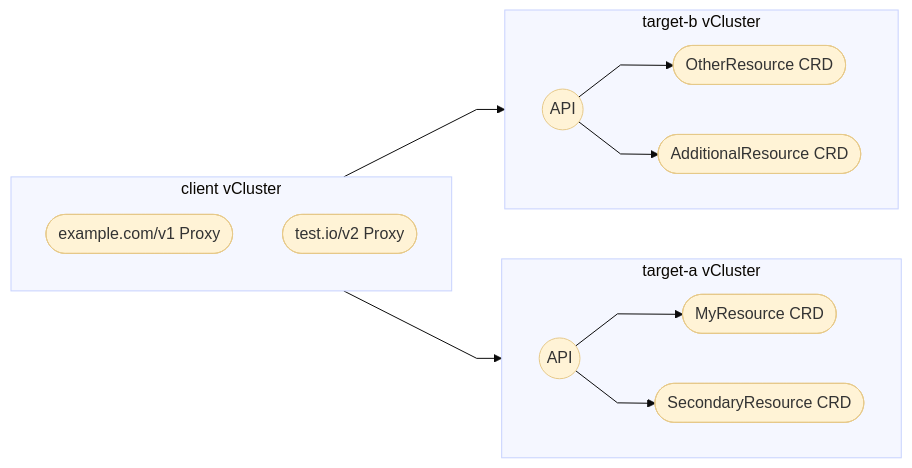
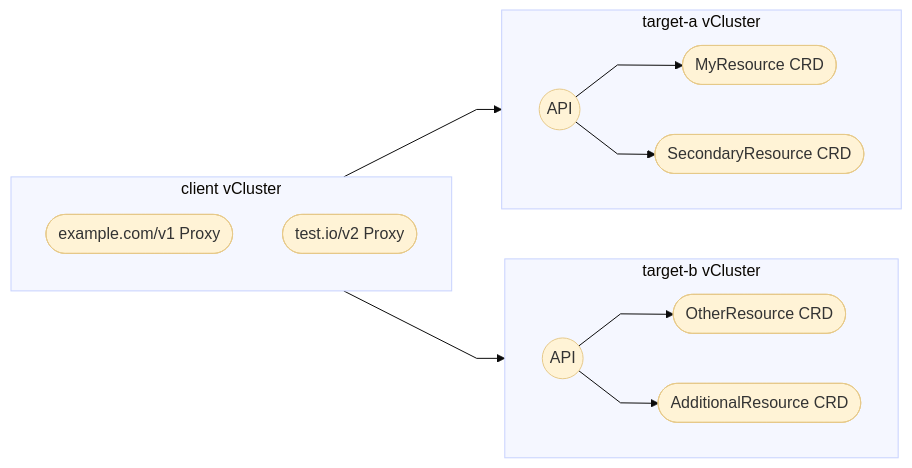
Before and after one commit to loft-sh/vcluster-docs: the third of 4 diagrams in vcluster/configure/vcluster-yaml/experimental/proxy.mdx, drawn with Mermaid. The commit also changed other lines of this file, not shown here.

Commit message:
Fix rbac format and multitarget diagram

````diff
--- a/vcluster/configure/vcluster-yaml/experimental/proxy.mdx
+++ b/vcluster/configure/vcluster-yaml/experimental/proxy.mdx
@@ -313,37 +313,37 @@
 ```mermaid
 %%{init: {'theme': 'base', 'themeVariables': {'edgeLabelBackground':'#F3E8FF','edgeLabelColor':'#111827'}, 'flowchart': {'curve': 'linear', 'htmlLabels': true}}}%%
 flowchart LR
   subgraph client["client vCluster"]
     direction TB
     p_example([example.com/v1 Proxy])
     p_test([test.io/v2 Proxy])
   end
 
+  subgraph target_b["target-b vCluster"]
+    direction LR
+    tb_api((API))
+    tb_exec([OtherResource CRD])
+    tb_task([AdditionalResource CRD])
+    tb_api --> tb_exec
+    tb_api --> tb_task
+  end
+
   subgraph target_a["target-a vCluster"]
     direction LR
     ta_api((API))
     ta_wf([MyResource CRD])
     ta_pipe([SecondaryResource CRD])
     ta_api --> ta_wf
     ta_api --> ta_pipe
-  end
-
-  subgraph target_b["target-b vCluster"]
-    direction LR
-    tb_api((API))
-    tb_exec([OtherResource CRD])
-    tb_task([AdditionalResource CRD])
-    tb_api --> tb_exec
-    tb_api --> tb_task
   end
 
   p_example --> ta_api
   p_test --> tb_api
 
   classDef node fill:#FFF3D6,stroke:#E6C98A,stroke-width:1px,rx:0,ry:0;
   class p_example,p_test,ta_api,ta_wf,ta_pipe,tb_api,tb_exec,tb_task node;
 
   style client fill:#F5F7FF,stroke:#C7D2FE,stroke-width:1px,rx:0,ry:0;
   style target_a fill:#F5F7FF,stroke:#C7D2FE,stroke-width:1px,rx:0,ry:0;
   style target_b fill:#F5F7FF,stroke:#C7D2FE,stroke-width:1px,rx:0,ry:0;
 ```
````
